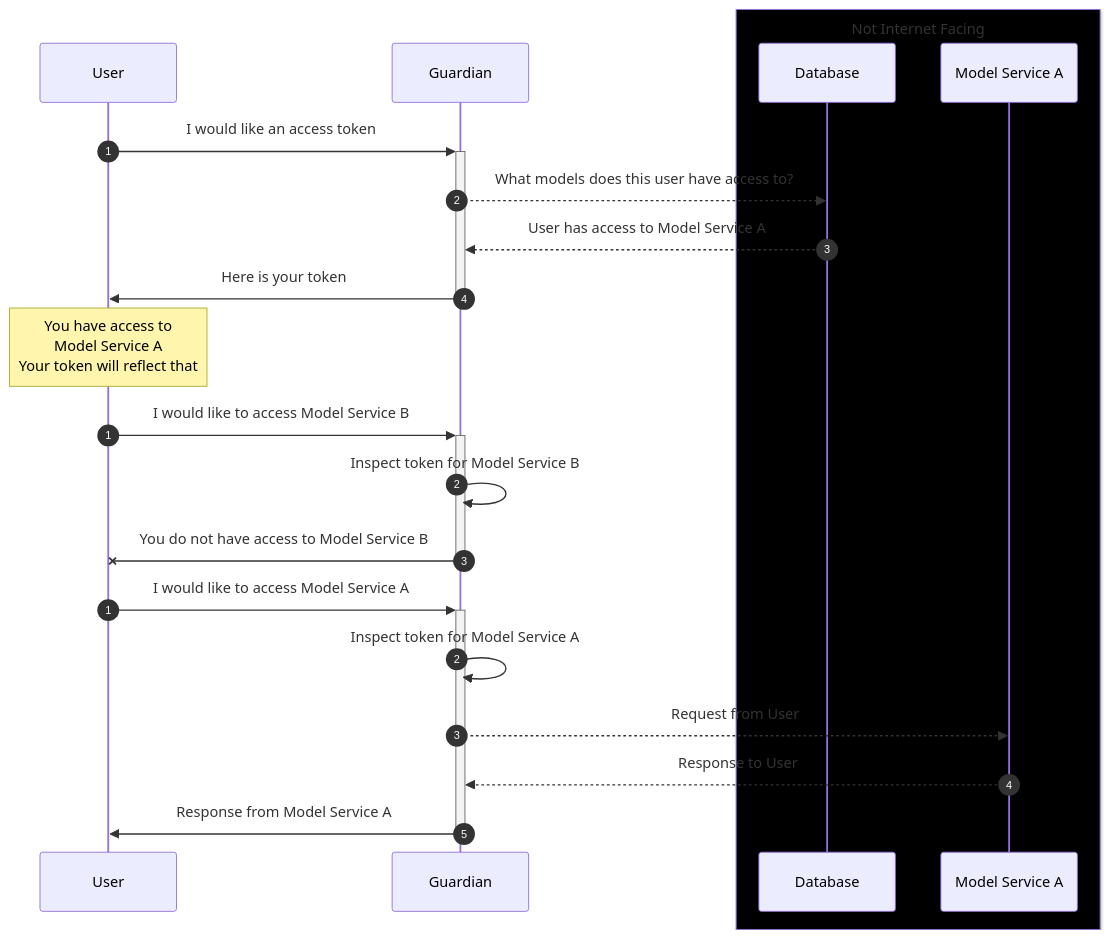
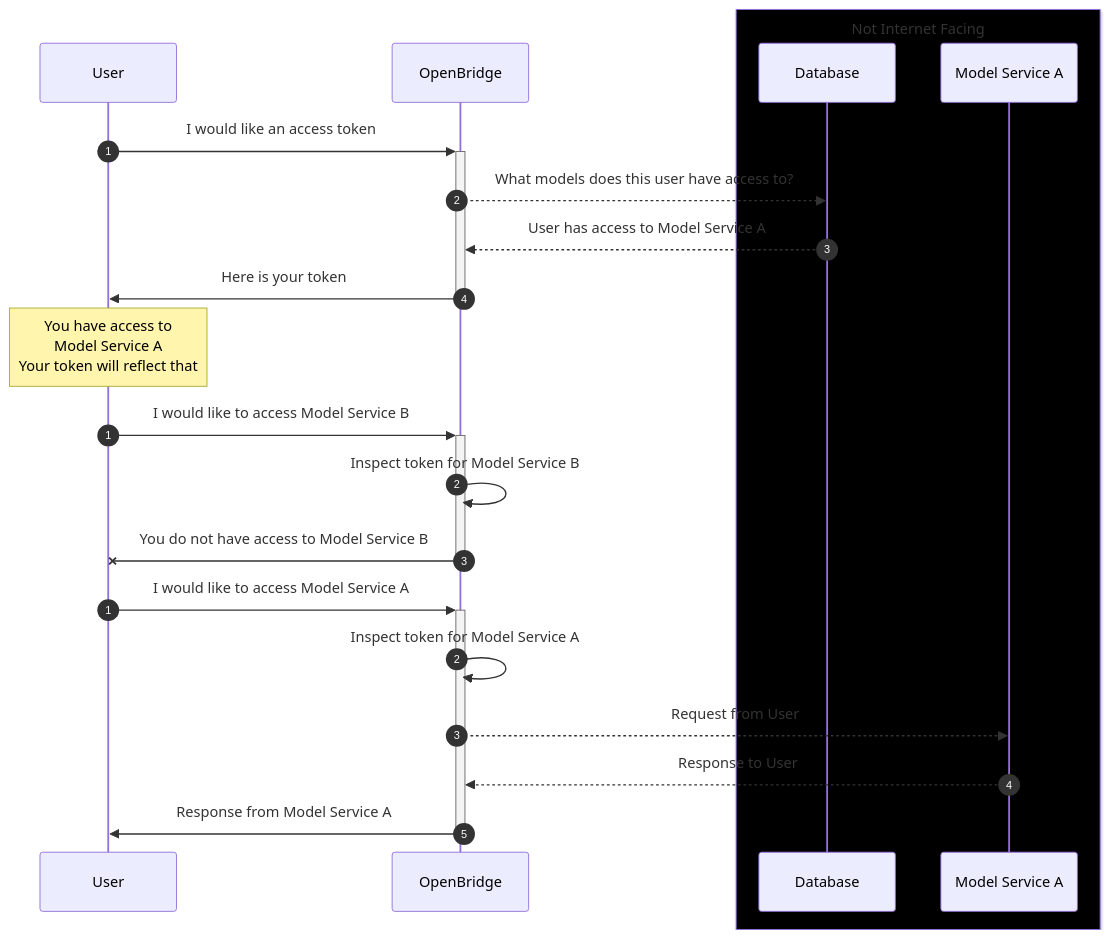
One commit to acceleratedscience/bridge changed the third of 3 diagrams in doc/runbook.md. Above: the diagram before and after it, drawn with Mermaid. The commit also changed other lines of this file and 53 other files, not shown here.

````diff
--- a/doc/runbook.md
+++ b/doc/runbook.md
@@ -44,26 +44,26 @@
 ```mermaid
 sequenceDiagram
 	autonumber
-	User ->>+ Guardian: I would like an access token
-	Guardian -->> Database: What models does this user have access to?
-	Database -->> Guardian: User has access to Model Service A
-	Guardian ->>- User: Here is your token
+	User ->>+ OpenBridge: I would like an access token
+	OpenBridge -->> Database: What models does this user have access to?
+	Database -->> OpenBridge: User has access to Model Service A
+	OpenBridge ->>- User: Here is your token
 	Note over User: You have access to<br>Model Service A<br>Your token will reflect that
 
 	autonumber 1
-	User ->>+ Guardian: I would like to access Model Service B
-	Guardian ->> Guardian: Inspect token for Model Service B
-	Guardian -x- User: You do not have access to Model Service B
+	User ->>+ OpenBridge: I would like to access Model Service B
+	OpenBridge ->> OpenBridge: Inspect token for Model Service B
+	OpenBridge -x- User: You do not have access to Model Service B
 
 	box Black Not Internet Facing
 	participant Database
 	participant Model Service A
 	end
 
 	autonumber 1
-	User ->>+ Guardian: I would like to access Model Service A
-	Guardian ->> Guardian: Inspect token for Model Service A
-	Guardian -->> Model Service A: Request from User
-	Model Service A -->> Guardian: Response to User
-	Guardian ->>- User: Response from Model Service A
+	User ->>+ OpenBridge: I would like to access Model Service A
+	OpenBridge ->> OpenBridge: Inspect token for Model Service A
+	OpenBridge -->> Model Service A: Request from User
+	Model Service A -->> OpenBridge: Response to User
+	OpenBridge ->>- User: Response from Model Service A
 ```
````
